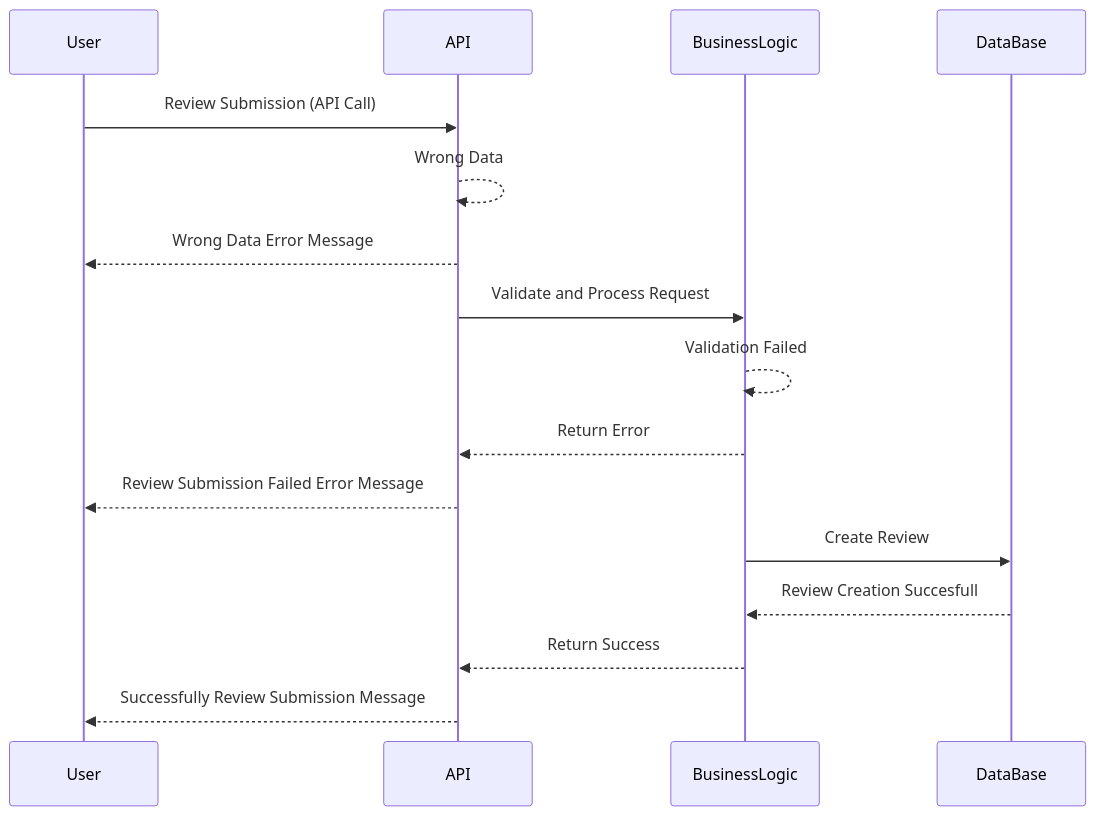
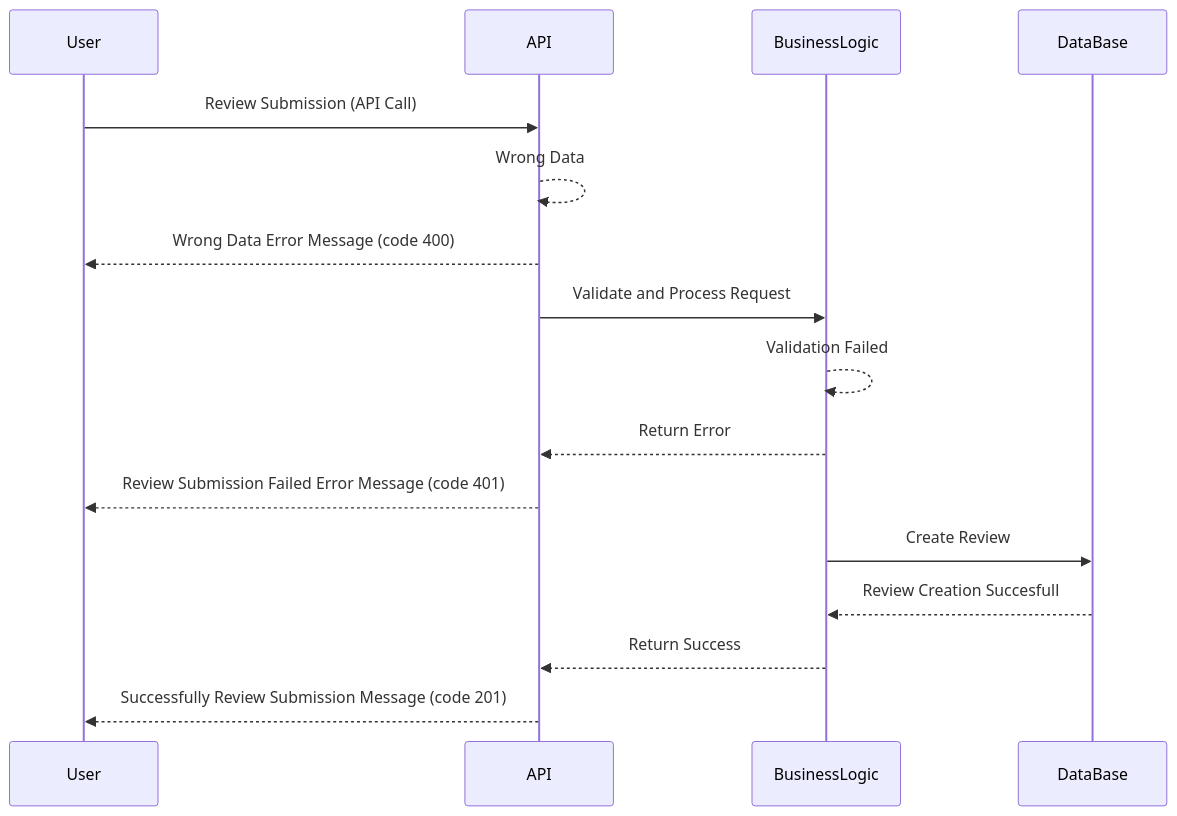
Before and after one commit to gastii11/holbertonschool-hbnb: the fourth of 5 diagrams in README.md, drawn with Mermaid. The commit also changed other lines of this file, not shown here.

First line of the commit message:
Enhance README with HTTP status codes for API messages

````diff
--- a/README.md
+++ b/README.md
@@ -299,21 +299,21 @@
 ```mermaid
 sequenceDiagram
     participant User
     participant API
     participant BusinessLogic
     participant DataBase
 
     User ->> API : Review Submission (API Call)
     API -->> API : Wrong Data
-    API -->> User : Wrong Data Error Message
+    API -->> User : Wrong Data Error Message (code 400)
 
     API ->> BusinessLogic : Validate and Process Request
     BusinessLogic -->> BusinessLogic : Validation Failed
     BusinessLogic -->> API : Return Error
-    API -->> User : Review Submission Failed Error Message
+    API -->> User : Review Submission Failed Error Message (code 401)
 
     BusinessLogic ->> DataBase : Create Review
     DataBase -->> BusinessLogic : Review Creation Succesfull
     BusinessLogic -->> API : Return Success
-    API -->> User : Successfully Review Submission Message
+    API -->> User : Successfully Review Submission Message (code 201)
 ```
````
